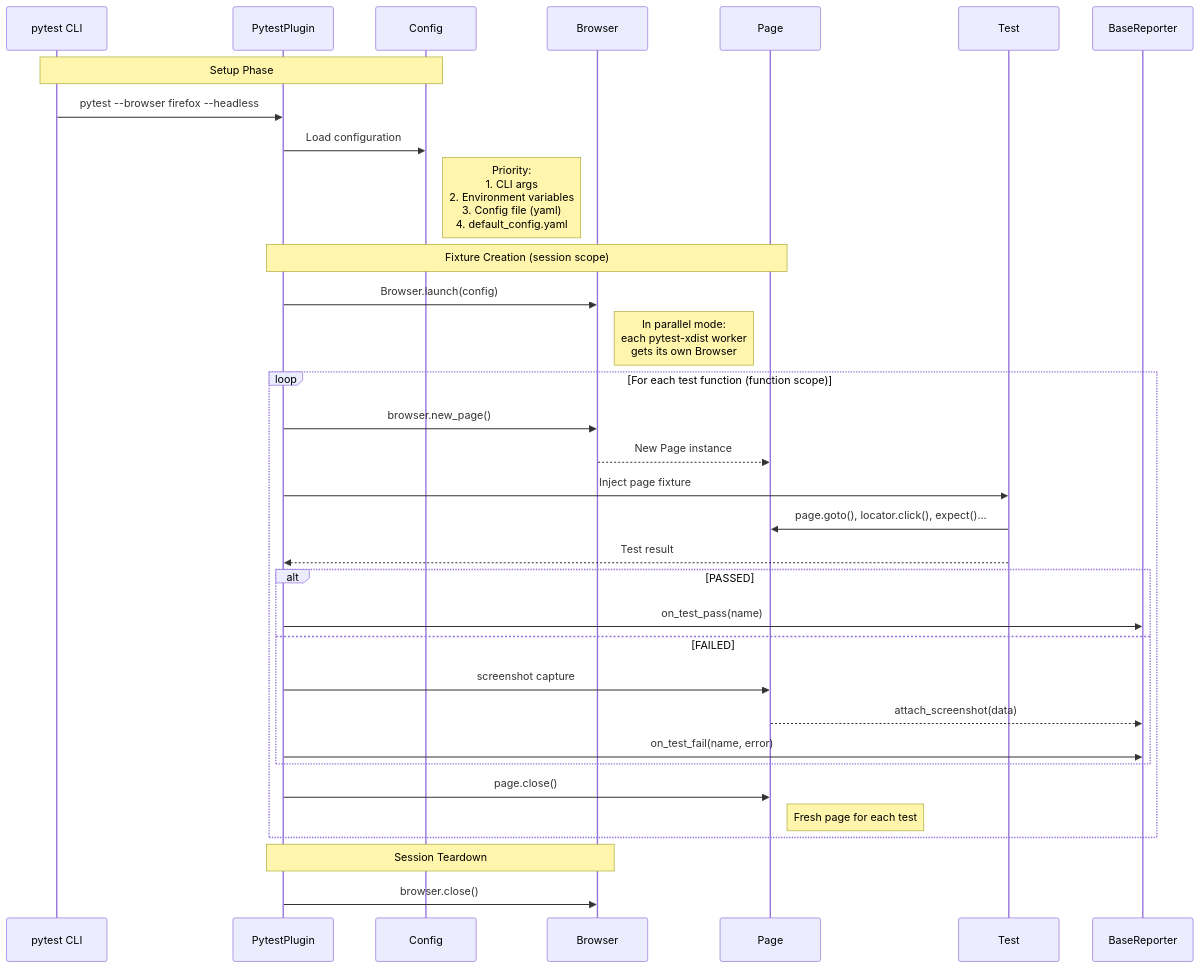
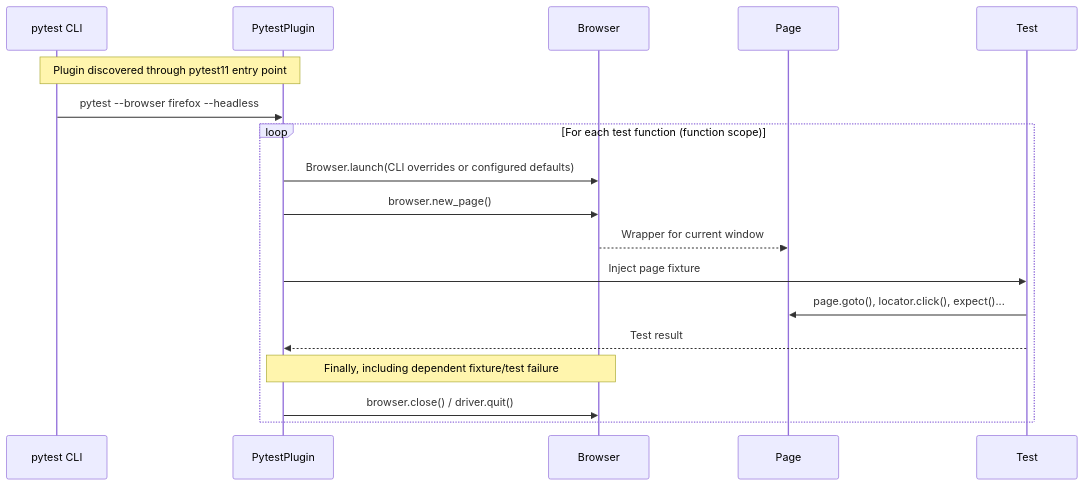
One commit to AGDthuannguyen/Sele3-Aug2026 changed the diagram in diagram/lifecycle.md. Above: the diagram before and after it, drawn with Mermaid. The commit also changed 17 other files, not shown here.

Commit message:
Phase 4: Page Object Model (BasePage, Pytest Plugin & Fixtures)

````diff
--- a/diagram/lifecycle.md
+++ b/diagram/lifecycle.md
@@ -1,42 +1,25 @@
 ```mermaid
 sequenceDiagram
     participant CLI as pytest CLI
     participant Plugin as PytestPlugin
-    participant Config
     participant Browser
     participant Page
     participant Test
-    participant Reporter as BaseReporter
 
-    Note over CLI,Config: Setup Phase
+    Note over CLI,Plugin: Plugin discovered through pytest11 entry point
     CLI->>Plugin: pytest --browser firefox --headless
-    Plugin->>Config: Load configuration
-    Note right of Config: Priority:<br/>1. CLI args<br/>2. Environment variables<br/>3. Config file (yaml)<br/>4. default_config.yaml
-
-    Note over Plugin,Page: Fixture Creation (session scope)
-    Plugin->>Browser: Browser.launch(config)
-    Note right of Browser: In parallel mode:<br/>each pytest-xdist worker<br/>gets its own Browser
 
     loop For each test function (function scope)
+        Plugin->>Browser: Browser.launch(CLI overrides or configured defaults)
         Plugin->>Browser: browser.new_page()
-        Browser-->>Page: New Page instance
+        Browser-->>Page: Wrapper for current window
 
         Plugin->>Test: Inject page fixture
         Test->>Page: page.goto(), locator.click(), expect()...
         Test-->>Plugin: Test result
 
-        alt PASSED
-            Plugin->>Reporter: on_test_pass(name)
-        else FAILED
-            Plugin->>Page: screenshot capture
-            Page-->>Reporter: attach_screenshot(data)
-            Plugin->>Reporter: on_test_fail(name, error)
-        end
-
-        Plugin->>Page: page.close()
-        Note right of Page: Fresh page for each test
+        Note over Plugin,Browser: Finally, including dependent fixture/test failure
+        Plugin->>Browser: browser.close() / driver.quit()
     end
 
-    Note over Plugin,Browser: Session Teardown
-    Plugin->>Browser: browser.close()
 ```
````
